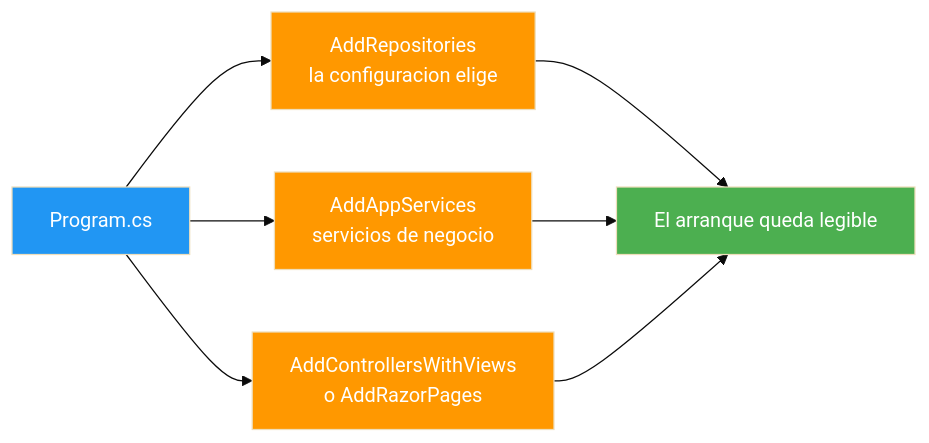
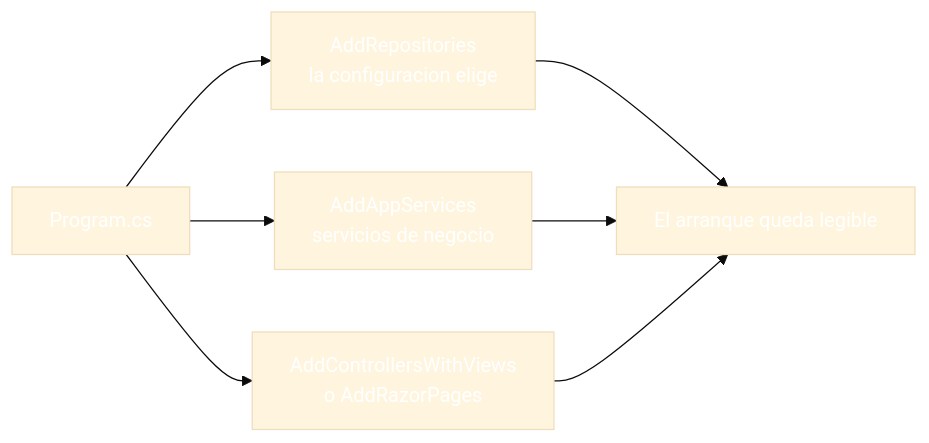
The fourth of 7 diagrams in 20-configuracion-entornos.md (joseluisgs/DesarrolloWebEntornosServidor-03-2026-2027), drawn with Mermaid (base theme) before and after one commit. The commit also changed other lines of this file and 30 other files, not shown here.

````diff
--- a/20-configuracion-entornos.md
+++ b/20-configuracion-entornos.md
@@ -309,14 +309,14 @@
 ```mermaid
 graph LR
     P["Program.cs"] --> R["AddRepositories<br/>la configuracion elige"]
     P --> S["AddAppServices<br/>servicios de negocio"]
     P --> C["AddControllersWithViews<br/>o AddRazorPages"]
     R --> B["El arranque queda legible"]
     S --> B
     C --> B
-    style P fill:#2196F3,color:#fff
-    style R fill:#FF9800,color:#fff
-    style S fill:#FF9800,color:#fff
-    style C fill:#FF9800,color:#fff
-    style B fill:#4CAF50,color:#fff
+    style P fill:#2196F,color:#fff3,color:#fff
+    style R fill:#FF980,color:#fff0,color:#fff
+    style S fill:#FF980,color:#fff0,color:#fff
+    style C fill:#FF980,color:#fff0,color:#fff
+    style B fill:#4CAF5,color:#fff0,color:#fff
 ```
````
